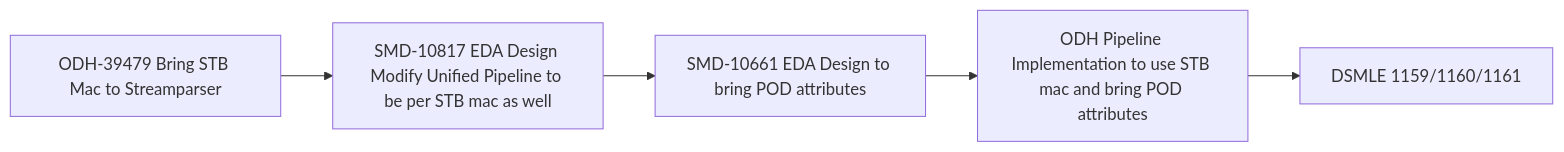
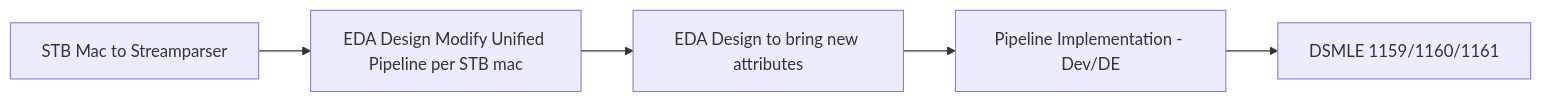
The first of 2 diagrams in content/blog/Z_telecom.md (jlleongarcia/jlleongarcia), drawn with Mermaid before and after one commit. The commit also changed other lines of this file and 10 other files, not shown here.

````diff
--- a/content/blog/Z_telecom.md
+++ b/content/blog/Z_telecom.md
@@ -851,7 +867,7 @@
 ```mermaid
 graph LR
-    A[ODH-39479 Bring STB Mac to Streamparser] --> B[SMD-10817 EDA Design Modify Unified Pipeline to be per STB mac as well]
-    B --> C[SMD-10661 EDA Design to bring POD attributes]
-    C --> D[ODH Pipeline Implementation to use STB mac and bring POD attributes]
+    A[STB Mac to Streamparser] --> B[EDA Design Modify Unified Pipeline per STB mac]
+    B --> C[EDA Design to bring new attributes]
+    C --> D[Pipeline Implementation - Dev/DE]
     D --> E[DSMLE 1159/1160/1161]
 ```
````
